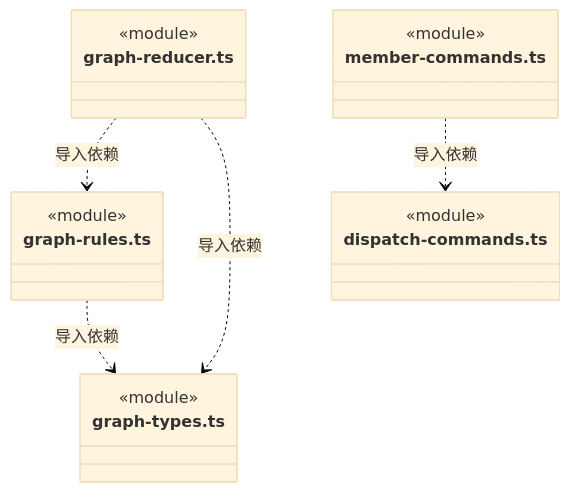
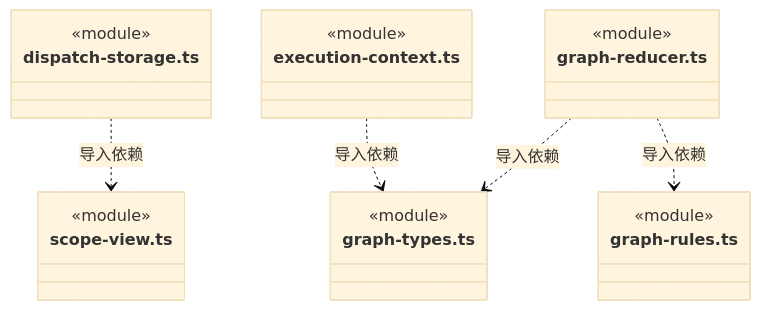
Before and after one commit to nan023062/cbim: diagram 40 of 46 in src/backend/core/tasks/ARCHITECTURE.md, drawn with Mermaid (base theme). The commit also changed other lines of this file and 60 other files, not shown here.

````diff
--- a/src/backend/core/tasks/ARCHITECTURE.md
+++ b/src/backend/core/tasks/ARCHITECTURE.md
@@ -985,22 +1025,25 @@
 ```mermaid
 classDiagram
+class N_src_backend_core_tasks_dispatch_storage_ts["dispatch-storage.ts"] {
+  <<module>>
+}
+class N_src_backend_core_tasks_scope_view_ts["scope-view.ts"] {
+  <<module>>
+}
+class N_src_backend_core_tasks_execution_context_ts["execution-context.ts"] {
+  <<module>>
+}
+class N_src_backend_core_tasks_graph_types_ts["graph-types.ts"] {
+  <<module>>
+}
 class N_src_backend_core_tasks_graph_reducer_ts["graph-reducer.ts"] {
   <<module>>
 }
 class N_src_backend_core_tasks_graph_rules_ts["graph-rules.ts"] {
   <<module>>
 }
-class N_src_backend_core_tasks_graph_types_ts["graph-types.ts"] {
-  <<module>>
-}
-class N_src_backend_core_tasks_member_commands_ts["member-commands.ts"] {
-  <<module>>
-}
-class N_src_backend_core_tasks_dispatch_commands_ts["dispatch-commands.ts"] {
-  <<module>>
-}
+N_src_backend_core_tasks_dispatch_storage_ts ..> N_src_backend_core_tasks_scope_view_ts : 导入依赖
+N_src_backend_core_tasks_execution_context_ts ..> N_src_backend_core_tasks_graph_types_ts : 导入依赖
 N_src_backend_core_tasks_graph_reducer_ts ..> N_src_backend_core_tasks_graph_rules_ts : 导入依赖
 N_src_backend_core_tasks_graph_reducer_ts ..> N_src_backend_core_tasks_graph_types_ts : 导入依赖
-N_src_backend_core_tasks_graph_rules_ts ..> N_src_backend_core_tasks_graph_types_ts : 导入依赖
-N_src_backend_core_tasks_member_commands_ts ..> N_src_backend_core_tasks_dispatch_commands_ts : 导入依赖
 ```
````
